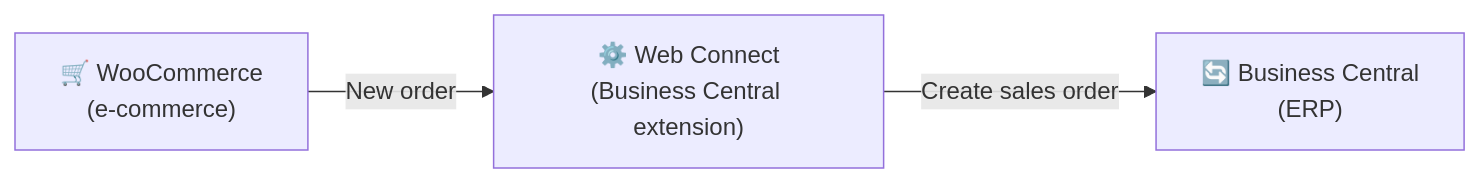
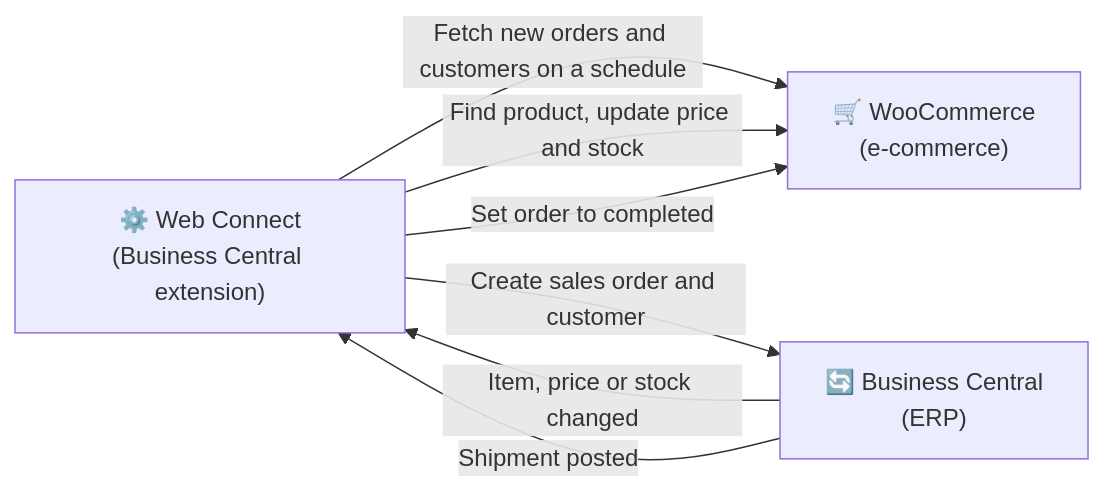
One commit to Combine-IT-ab/docs-general changed the first of 7 diagrams in docs/products/web-connect/integrations/woocommerce/overview.md. Above: the diagram before and after it, drawn with Mermaid. The commit also changed other lines of this file and 6 other files, not shown here.

````diff
--- a/docs/products/web-connect/integrations/woocommerce/overview.md
+++ b/docs/products/web-connect/integrations/woocommerce/overview.md
@@ -61,9 +67,13 @@
 ```mermaid
 graph LR
     A["🛒 WooCommerce<br/>(e-commerce)"]
     B["⚙️ Web Connect<br/>(Business Central extension)"]
     C["🔄 Business Central<br/>(ERP)"]
 
-    A -->|New order| B
-    B -->|Create sales order| C
+    B -->|Fetch new orders and customers on a schedule| A
+    B -->|Create sales order and customer| C
+    C -->|Item, price or stock changed| B
+    B -->|Find product, update price and stock| A
+    C -->|Shipment posted| B
+    B -->|Set order to completed| A
 ```
````
